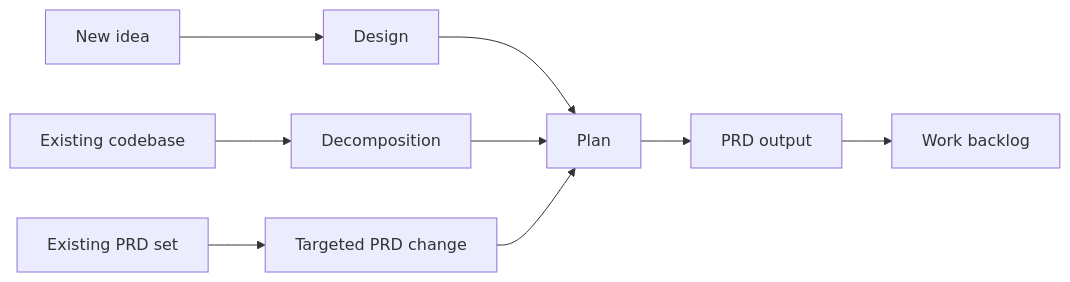
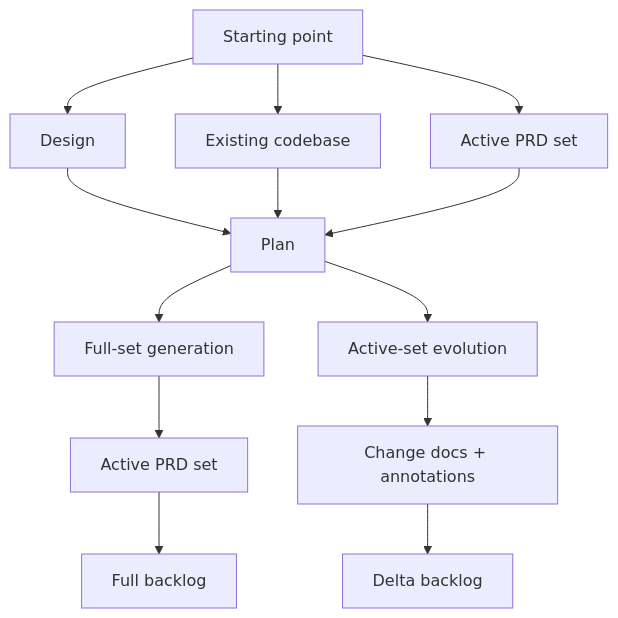
Before and after one commit to brucewaynedecoy/make-docs: the diagram in docs/guides/user/workflows-how-make-docs-stages-fit-together.md, drawn with Mermaid. The commit also changed other lines of this file and 19 other files, not shown here.

````diff
--- a/docs/guides/user/workflows-how-make-docs-stages-fit-together.md
+++ b/docs/guides/user/workflows-how-make-docs-stages-fit-together.md
@@ -42,13 +47,19 @@
 ```mermaid
-flowchart LR
-    A["New idea"] --> B["Design"]
-    C["Existing codebase"] --> D["Decomposition"]
-    E["Existing PRD set"] --> F["Targeted PRD change"]
+flowchart TD
+    A["Starting point"] --> B["Design"]
+    A --> C["Existing codebase"]
+    A --> D["Active PRD set"]
 
-    B --> G["Plan"]
-    D --> G
-    F --> G
+    B --> E["Plan"]
+    C --> E
+    D --> E
 
-    G --> H["PRD output"]
-    H --> I["Work backlog"]
+    E --> F["Full-set generation"]
+    E --> G["Active-set evolution"]
+
+    F --> H["Active PRD set"]
+    H --> I["Full backlog"]
+
+    G --> J["Change docs + annotations"]
+    J --> K["Delta backlog"]
 ```
````
